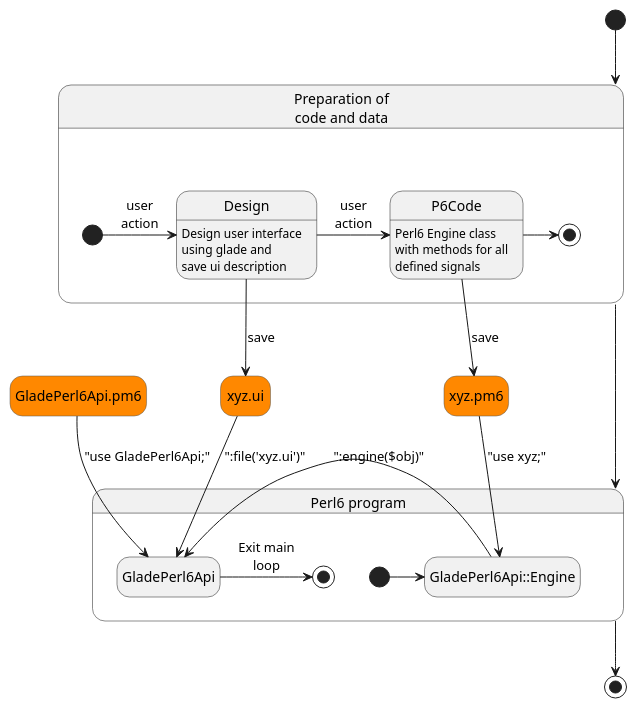
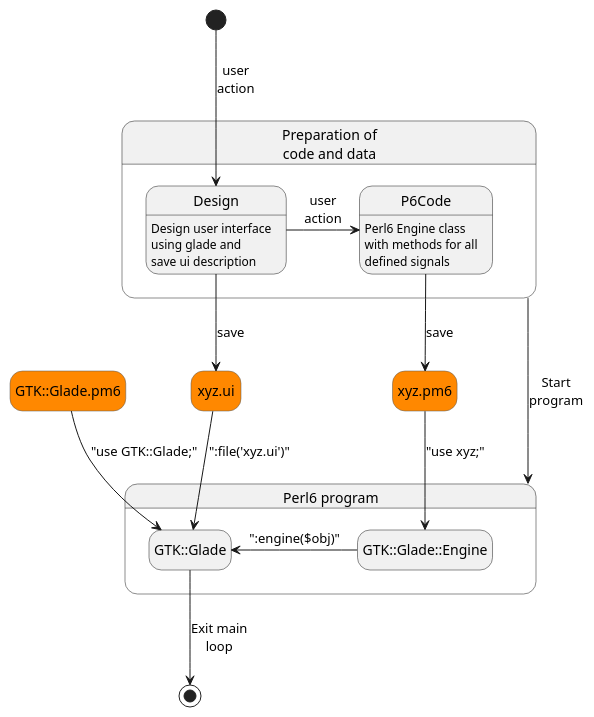
One commit to MARTIMM/gtk-glade changed the diagram in doc/Design.md. Above: the diagram before and after it, drawn with PlantUML. The commit also changed 5 other files, not shown here.

````diff
--- a/doc/Design.md
+++ b/doc/Design.md
@@ -1,45 +1,46 @@
 ```plantuml
 'title Design and use of code
 hide empty description
 
 skinparam state {
   BackgroundColor<<file>> #ff8800
   BorderColor<<file>> #555555
 }
 
 
 state "xyz.ui" as gladeFile <<file>>
 state "xyz.pm6" as perlModule <<file>>
-state "GladePerl6Api.pm6" as perlLibModule <<file>>
+state "GTK::Glade.pm6" as perlLibModule <<file>>
 
 
-[*] --> Prepare
+'[*] --> Prepare
 state "Preparation of\ncode and data" as Prepare {
 
-  [*] -> Design: user\naction
   Design: Design user interface\nusing glade and\nsave ui description
   Design --> gladeFile: save
 
   Design -> P6Code: user\naction
   P6Code --> perlModule: save
   P6Code: Perl6 Engine class\nwith methods for all\ndefined signals
 
-  P6Code -> [*]
+  'P6Code -> [*]
 }
+
+[*] --> Design: user\naction
 
 
 state "Perl6 program" as P6CodeFlow {
-  state "GladePerl6Api::Engine" as Engine
+  state "GTK::Glade::Engine" as Engine
 
-  [*] -> Engine
-  perlLibModule --> GladePerl6Api: "use GladePerl6Api;"
-  gladeFile --> GladePerl6Api: ":file('xyz.ui')"
+  '[*] -> Engine
+  perlLibModule --> GTK::Glade: "use GTK::Glade;"
+  gladeFile --> GTK::Glade: ":file('xyz.ui')"
   perlModule --> Engine: "use xyz;"
-  Engine -> GladePerl6Api: ":engine($obj)"
-  GladePerl6Api -> [*]: Exit main\nloop
+  Engine -> GTK::Glade: ":engine($obj)"
+  'GTK::Glade -> [*]: Exit main\nloop
 }
 
-Prepare --> P6CodeFlow
-P6CodeFlow --> [*]
-
+Prepare --> P6CodeFlow: Start\nprogram
+'P6CodeFlow --> [*]
+GTK::Glade --> [*]: Exit main\nloop
 ```
````
